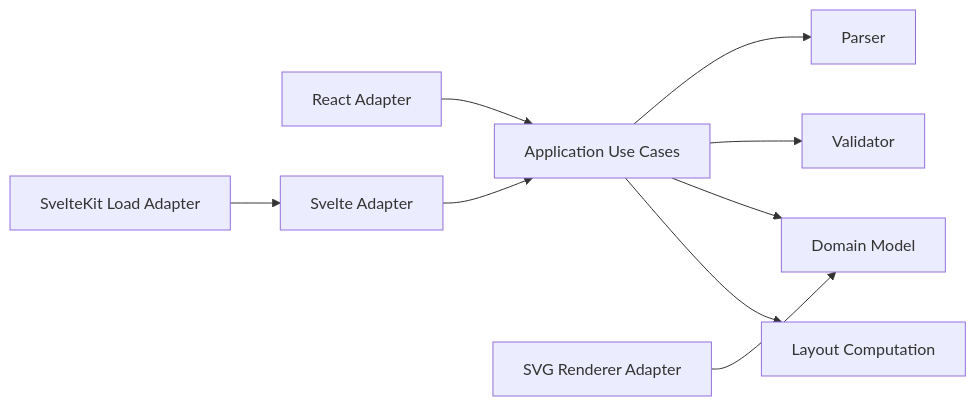
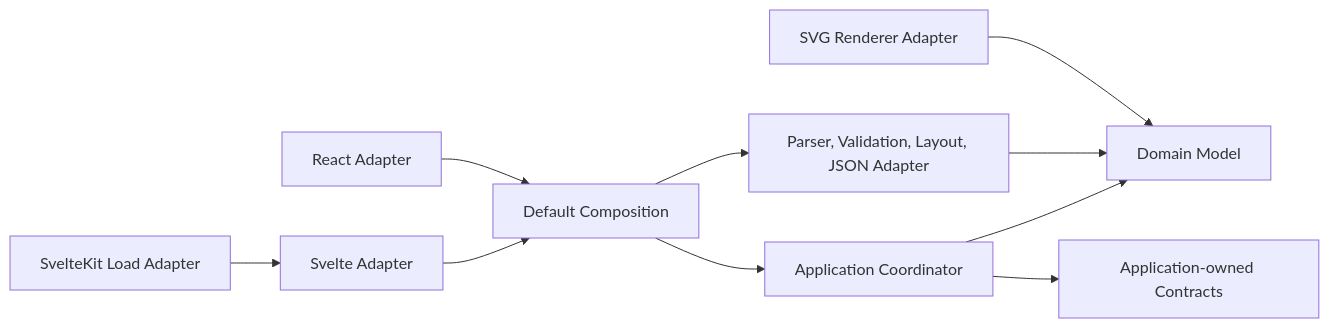
One commit to OneTesseractInMultiverse/vrl changed the first of 2 diagrams in docs/architecture.md. Above: the diagram before and after it, drawn with Mermaid. The commit also changed other lines of this file and 13 other files, not shown here.

Commit message:
Separate compiler contracts, composition, and JSON adapter

````diff
--- a/docs/architecture.md
+++ b/docs/architecture.md
@@ -5,11 +5,12 @@
 ```mermaid
 flowchart LR
-  React[React Adapter] --> App[Application Use Cases]
-  Svelte[Svelte Adapter] --> App
+  React[React Adapter] --> Composition[Default Composition]
+  Svelte[Svelte Adapter] --> Composition
   SvelteKit[SvelteKit Load Adapter] --> Svelte
   SVG[SVG Renderer Adapter] --> Domain[Domain Model]
-  App --> Parser[Parser]
-  App --> Validator[Validator]
+  Composition --> App[Application Coordinator]
+  Composition --> Implementations[Parser, Validation, Layout, JSON Adapter]
+  App --> Ports[Application-owned Contracts]
   App --> Domain
-  App --> Layout[Layout Computation]
+  Implementations --> Domain
 ```
````
